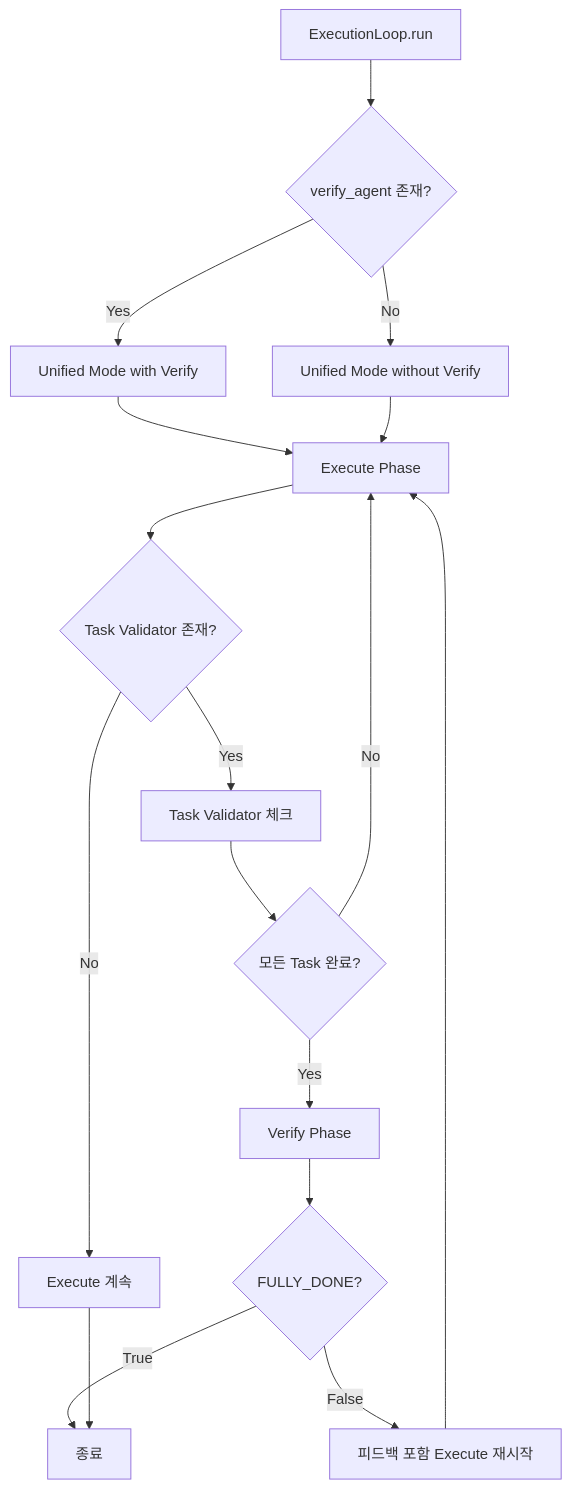
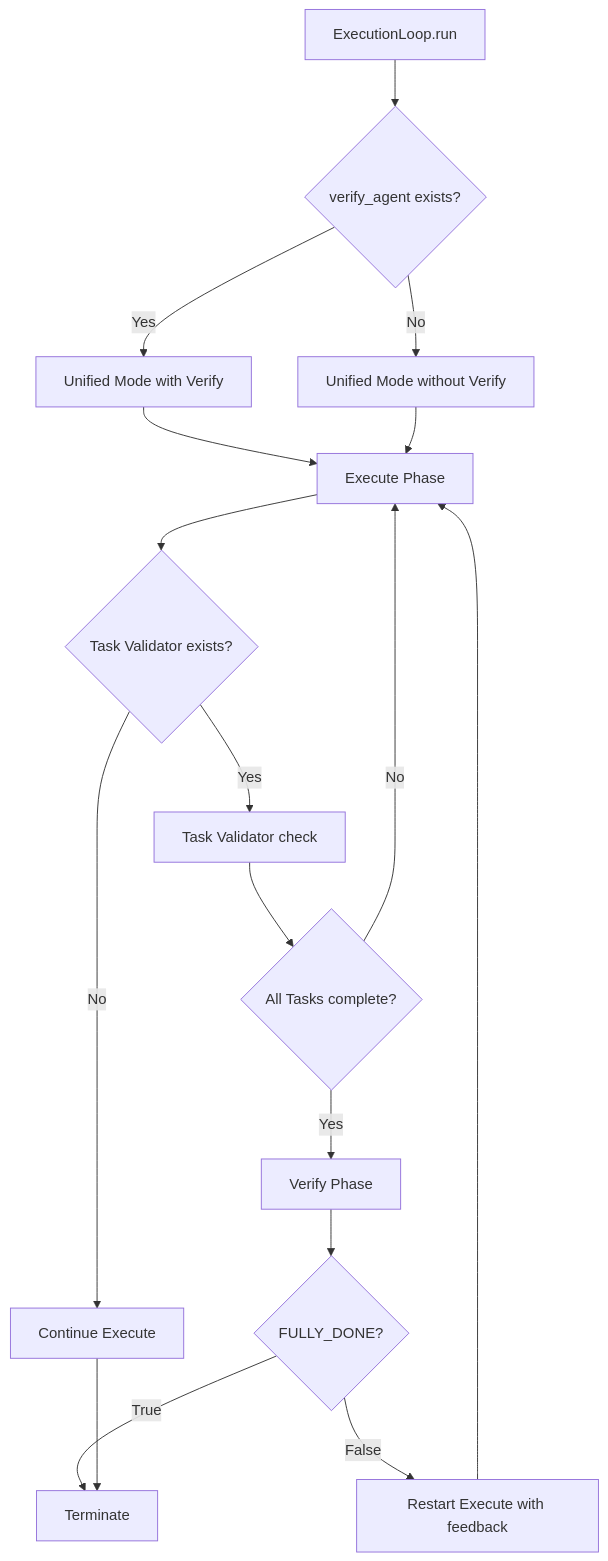
Before and after one commit to code-yeongyu/sisyphus-private: the diagram in .github/workflows/.claude.agent/skills/plan-writer/references/example-ai-todolist.md, drawn with Mermaid. The commit also changed other lines of this file and 1 other file, not shown here.

````diff
--- a/.github/workflows/.claude.agent/skills/plan-writer/references/example-ai-todolist.md
+++ b/.github/workflows/.claude.agent/skills/plan-writer/references/example-ai-todolist.md
@@ -107,23 +108,23 @@
 ```mermaid
 graph TD
-    A[ExecutionLoop.run] --> B{verify_agent 존재?}
+    A[ExecutionLoop.run] --> B{verify_agent exists?}
     B -->|Yes| C[Unified Mode with Verify]
     B -->|No| D[Unified Mode without Verify]
 
     C --> E[Execute Phase]
-    E --> F{Task Validator 존재?}
-    F -->|Yes| G[Task Validator 체크]
-    F -->|No| H[Execute 계속]
+    E --> F{Task Validator exists?}
+    F -->|Yes| G[Task Validator check]
+    F -->|No| H[Continue Execute]
 
-    G --> I{모든 Task 완료?}
+    G --> I{All Tasks complete?}
     I -->|No| E
     I -->|Yes| J[Verify Phase]
 
     J --> K{FULLY_DONE?}
-    K -->|True| L[종료]
-    K -->|False| M[피드백 포함 Execute 재시작]
+    K -->|True| L[Terminate]
+    K -->|False| M[Restart Execute with feedback]
     M --> E
 
     H --> L
     D --> E
 ```
````
